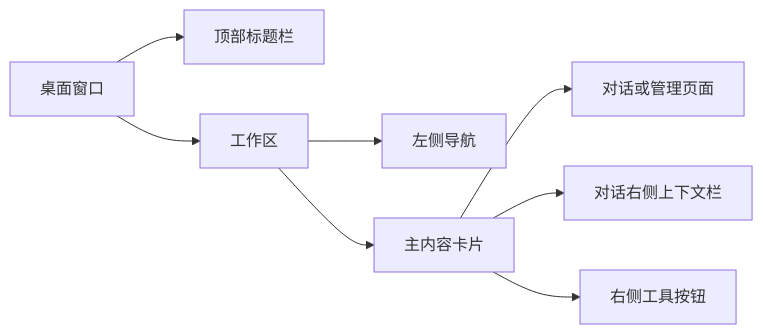
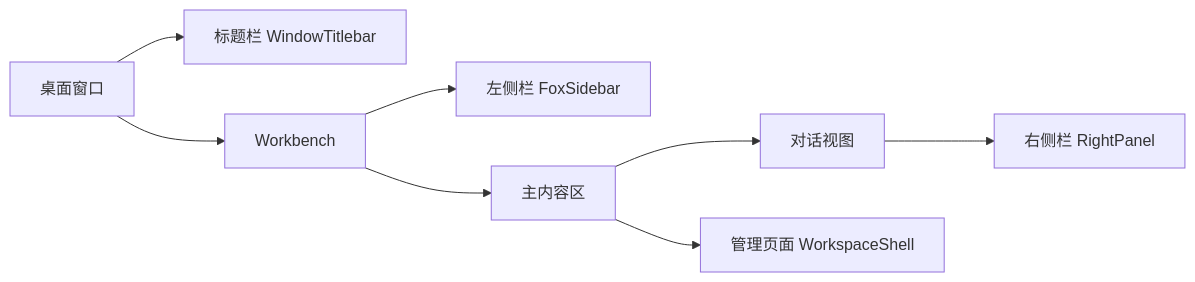
One commit to Hry1729/Fox-Agent changed the first of 2 diagrams in docs/03-产品与前端/导航与页面布局.md. Above: the diagram before and after it, drawn with Mermaid. The commit also changed other lines of this file, not shown here.

Commit message:
docs: 导航与页面布局按现有侧栏/标题栏/右侧栏重写 [skip ci]

````diff
--- a/docs/03-产品与前端/导航与页面布局.md
+++ b/docs/03-产品与前端/导航与页面布局.md
@@ -16,10 +22,10 @@
 ```mermaid
 flowchart LR
-  Window["桌面窗口"] --> Titlebar["顶部标题栏"]
-  Window --> Workbench["工作区"]
-  Workbench --> Sidebar["左侧导航"]
-  Workbench --> Content["主内容卡片"]
-  Content --> Page["对话或管理页面"]
-  Content --> Right["对话右侧上下文栏"]
-  Content --> Rail["右侧工具按钮"]
+  Window["桌面窗口"] --> Titlebar["标题栏 WindowTitlebar"]
+  Window --> Workbench["Workbench"]
+  Workbench --> Sidebar["左侧栏 FoxSidebar"]
+  Workbench --> Content["主内容区"]
+  Content --> Chat["对话视图"]
+  Content --> Page["管理页面 WorkspaceShell"]
+  Chat --> Right["右侧栏 RightPanel"]
 ```
````
